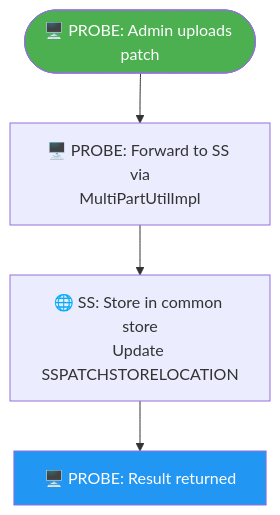
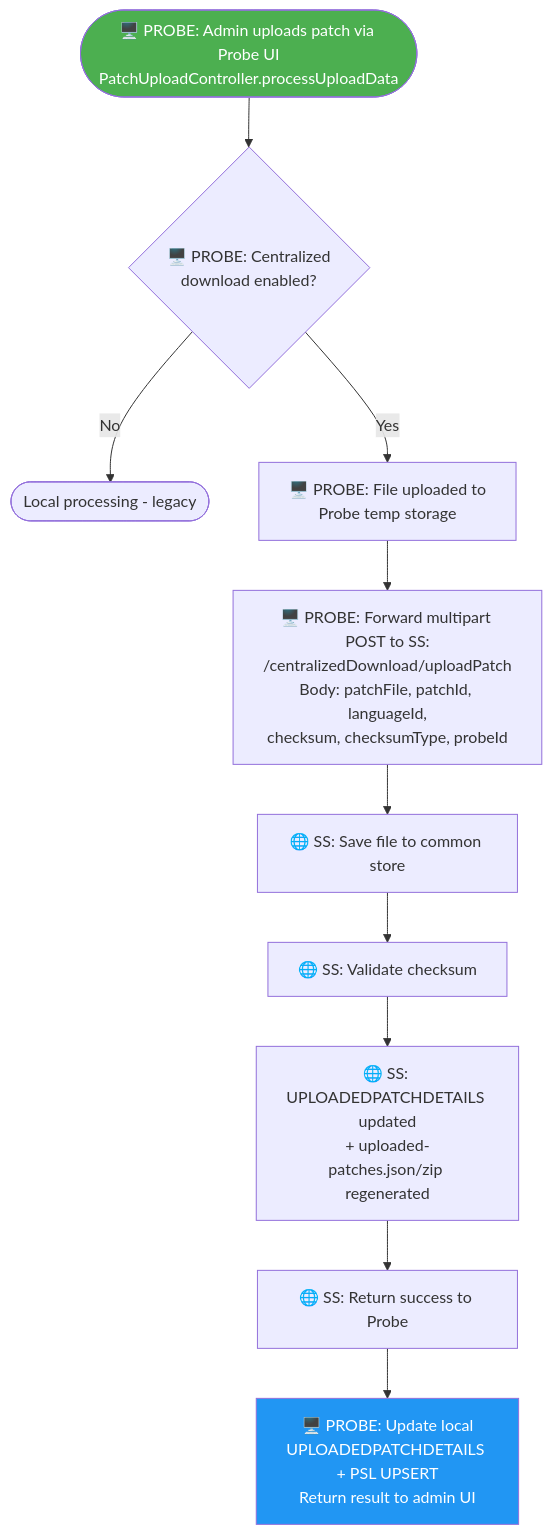
Diagram 17 of 31 in use-case-diagrams.md (ranjithkumar-a-23525/RebaseEx), drawn with Mermaid before and after one commit. The commit also changed other lines of this file, not shown here.

````diff
--- a/use-case-diagrams.md
+++ b/use-case-diagrams.md
@@ -323,9 +366,15 @@
 ```mermaid
 flowchart TD
-    A(["🖥️ PROBE: Admin uploads patch"]) --> B["🖥️ PROBE: Forward to SS via<br/>MultiPartUtilImpl"]
-    B --> C["🌐 SS: Store in common store<br/>Update SSPATCHSTORELOCATION"]
-    C --> D["🖥️ PROBE: Result returned"]
+    A(["🖥️ PROBE: Admin uploads patch via Probe UI<br/>PatchUploadController.processUploadData"]) --> B{"🖥️ PROBE: Centralized<br/>download enabled?"}
+    B -->|No| Z(["Local processing - legacy"])
+    B -->|Yes| C["🖥️ PROBE: File uploaded to<br/>Probe temp storage"]
+    C --> D["🖥️ PROBE: Forward multipart POST to SS:<br/>/centralizedDownload/uploadPatch<br/>Body: patchFile, patchId, languageId,<br/>checksum, checksumType, probeId"]
+    D --> E["🌐 SS: Save file to common store"]
+    E --> F["🌐 SS: Validate checksum"]
+    F --> G["🌐 SS: UPLOADEDPATCHDETAILS updated<br/>+ uploaded-patches.json/zip regenerated"]
+    G --> H["🌐 SS: Return success to Probe"]
+    H --> I["🖥️ PROBE: Update local<br/>UPLOADEDPATCHDETAILS + PSL UPSERT<br/>Return result to admin UI"]
 
     style A fill:#4CAF50,color:#fff
-    style D fill:#2196F3,color:#fff
+    style I fill:#2196F3,color:#fff
 ```
````
